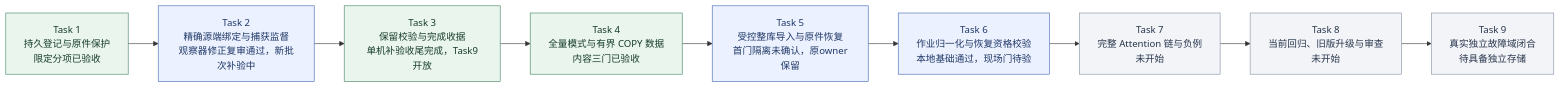
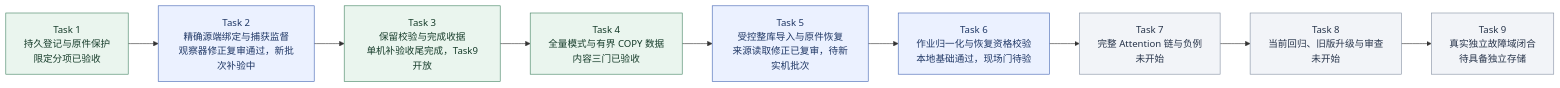
One commit to MansurnamedZhang/learning-system-p0c4 changed the second of 9 diagrams in docs/KnowWeave实施路线与系统架构.md. Above: the diagram before and after it, drawn with Mermaid. The commit also changed other lines of this file and 7 other files, not shown here.

````diff
--- a/docs/KnowWeave实施路线与系统架构.md
+++ b/docs/KnowWeave实施路线与系统架构.md
@@ -72,26 +72,26 @@
 ```mermaid
 flowchart LR
     C4T1["Task 1<br/>持久登记与原件保护<br/>限定分项已验收"]
     C4T2["Task 2<br/>精确源端绑定与捕获监督<br/>观察器修正复审通过，新批次补验中"]
     C4T3["Task 3<br/>保留校验与完成收据<br/>单机补验收尾完成，Task9开放"]
     C4T4["Task 4<br/>全量模式与有界 COPY 数据<br/>内容三门已验收"]
-    C4T5["Task 5<br/>受控整库导入与原件恢复<br/>首门隔离未确认，原owner保留"]
+    C4T5["Task 5<br/>受控整库导入与原件恢复<br/>来源读取修正已复审，待新实机批次"]
     C4T6["Task 6<br/>作业归一化与恢复资格校验<br/>本地基础通过，现场门待验"]
     C4T7["Task 7<br/>完整 Attention 链与负例<br/>未开始"]
     C4T8["Task 8<br/>当前回归、旧版升级与审查<br/>未开始"]
     C4T9["Task 9<br/>真实独立故障域闭合<br/>待具备独立存储"]
     C4T1 --> C4T2
     C4T2 --> C4T3
     C4T3 --> C4T4
     C4T4 --> C4T5
     C4T5 --> C4T6
     C4T6 --> C4T7
     C4T7 --> C4T8
     C4T8 --> C4T9
     class C4T1,C4T3,C4T4 done
     class C4T2,C4T5,C4T6 next
     class C4T7,C4T8,C4T9 planned
     classDef done fill:#eaf5ee,stroke:#438363,color:#173d2b
     classDef next fill:#ebf1ff,stroke:#4365b4,color:#203866
     classDef planned fill:#f2f4f8,stroke:#8591a3,color:#28354b
 ```
````
